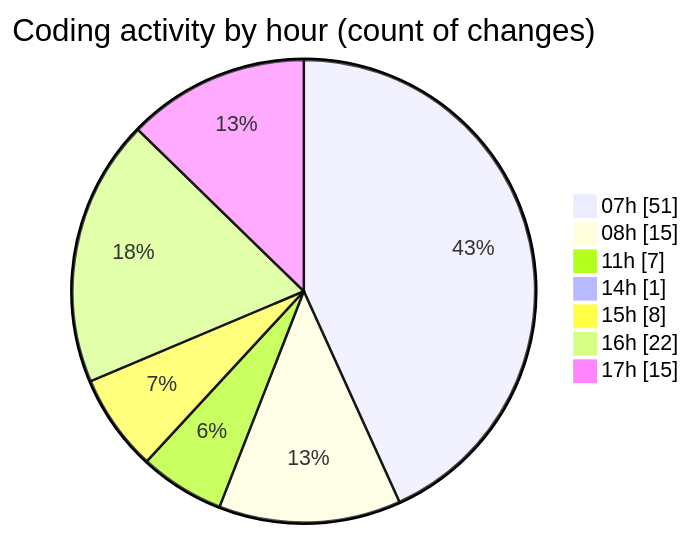
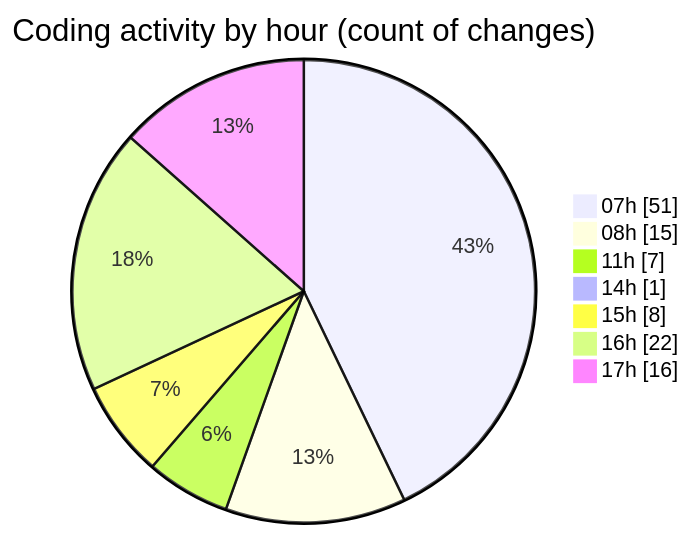
One commit to robertbonfada/code-tracking changed the second of 2 diagrams in 2025-01-17/mbc-web/README.md. Above: the diagram before and after it, drawn with Mermaid. The commit also changed other lines of this file and 1 other file, not shown here.

````diff
--- a/2025-01-17/mbc-web/README.md
+++ b/2025-01-17/mbc-web/README.md
@@ -49,11 +49,11 @@
 ```mermaid
 pie showData
 title Coding activity by hour (count of changes)
 "07h" : 51
 "08h" : 15
 "11h" : 7
 "14h" : 1
 "15h" : 8
 "16h" : 22
-"17h" : 15
+"17h" : 16
 ```
````
